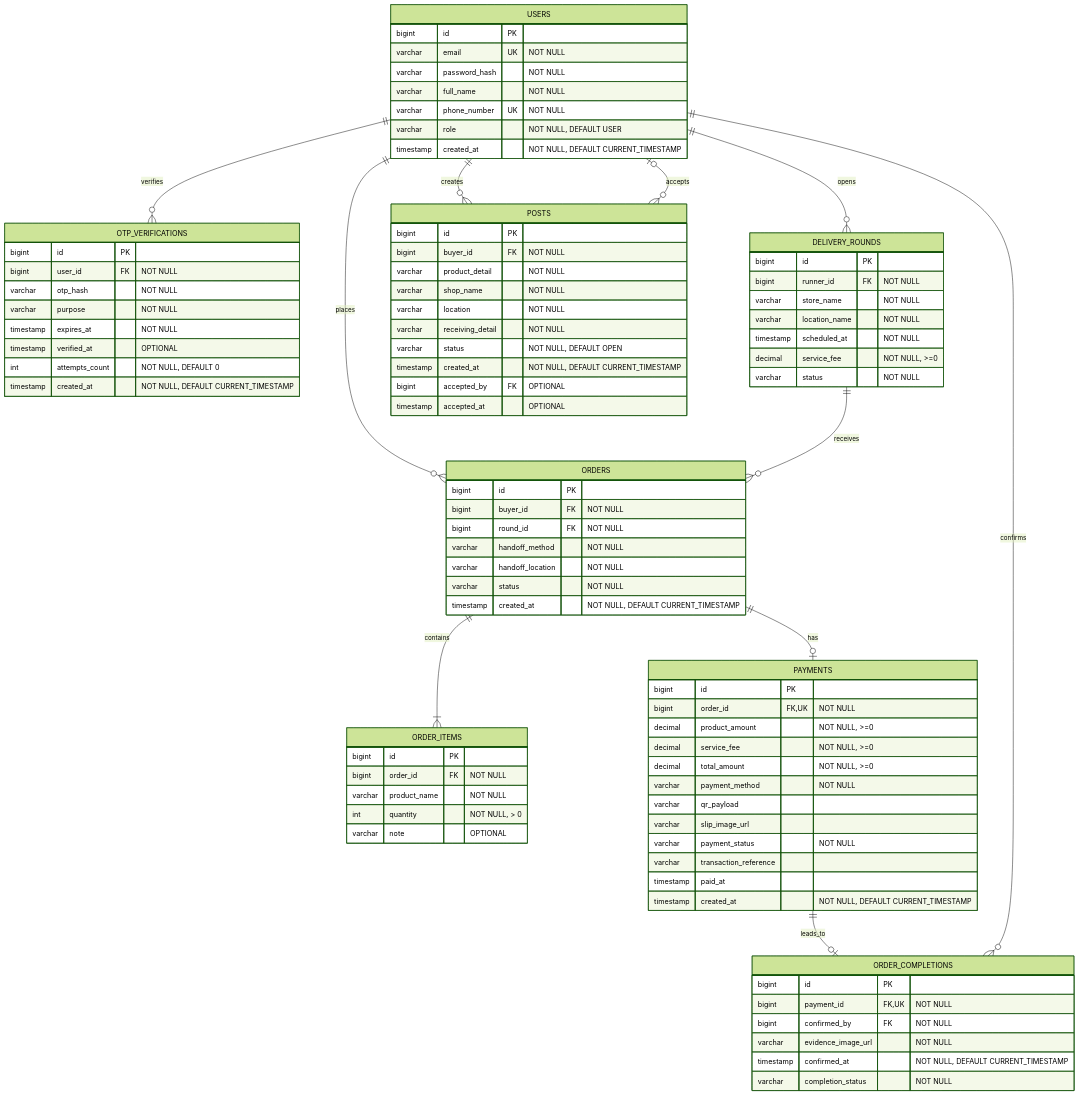
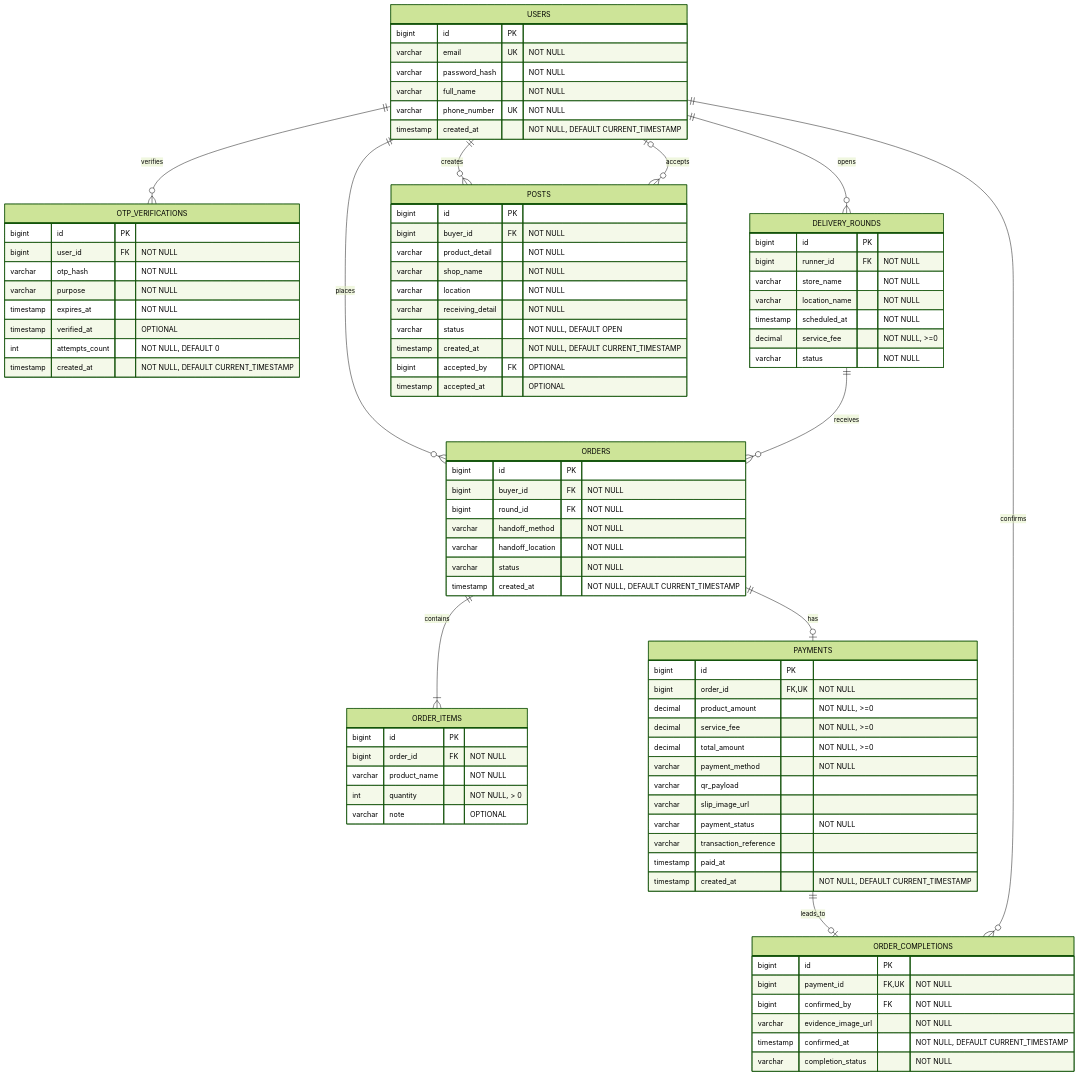
The diagram in docs/database/ERD.md (BlackyB0o/CS261_650001_group5), drawn with Mermaid (forest theme) before and after one commit.

Commit message:
remove role from users ERD

```diff
--- a/docs/database/ERD.md
+++ b/docs/database/ERD.md
@@ -30,7 +30,6 @@
         varchar password_hash "NOT NULL"
         varchar full_name "NOT NULL"
         varchar phone_number UK "NOT NULL"
-        varchar role "NOT NULL, DEFAULT USER"
         timestamp created_at "NOT NULL, DEFAULT CURRENT_TIMESTAMP"
     }
 
```
